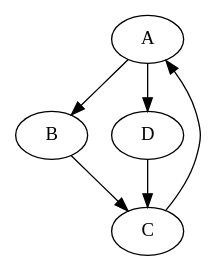
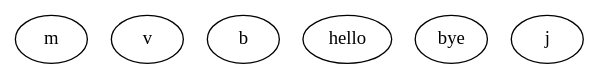
Before and after one commit to JulianGomez1604/CSE_464_2024_jjgomezm: the diagram in my-app/src/outputs/updatedGraph.dot, drawn with Graphviz. The commit also changed 2 other files, not shown here.

```diff
--- a/my-app/src/outputs/updatedGraph.dot
+++ b/my-app/src/outputs/updatedGraph.dot
@@ -1,11 +1,8 @@
 digraph G {
-  A;
-  B;
-  C;
-  D;
-  A -> B;
-  B -> C;
-  C -> A;
-  A -> D;
-  D -> C;
+  m;
+  v;
+  b;
+  hello;
+  bye;
+  j;
 }
```
